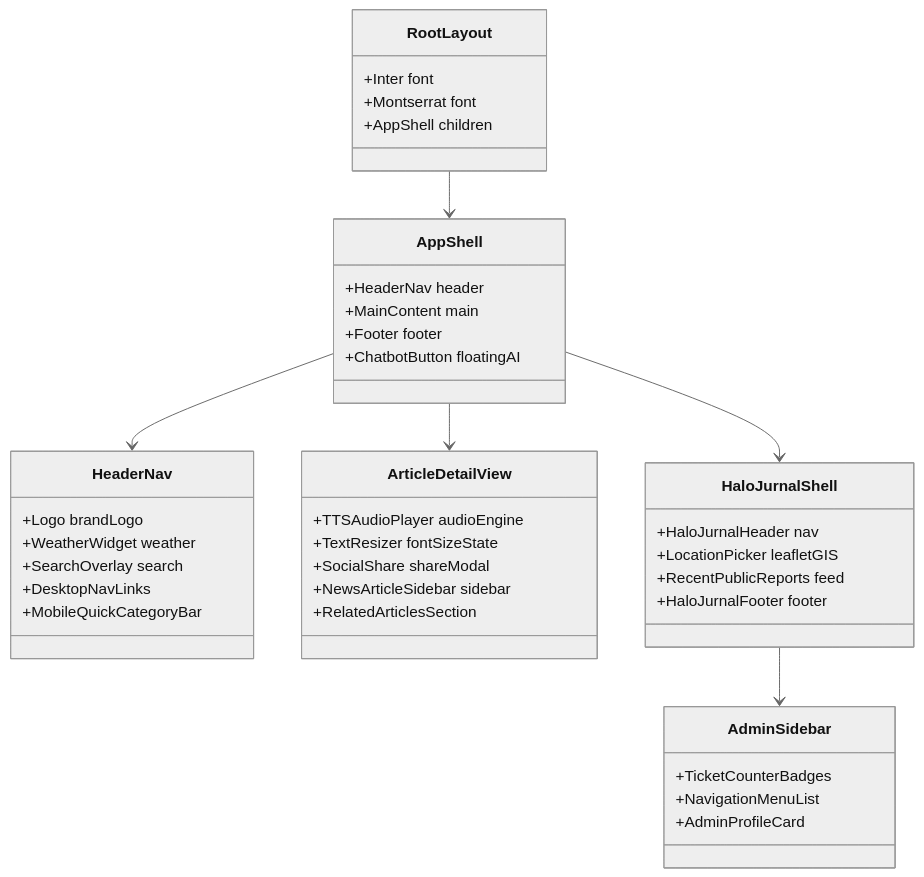
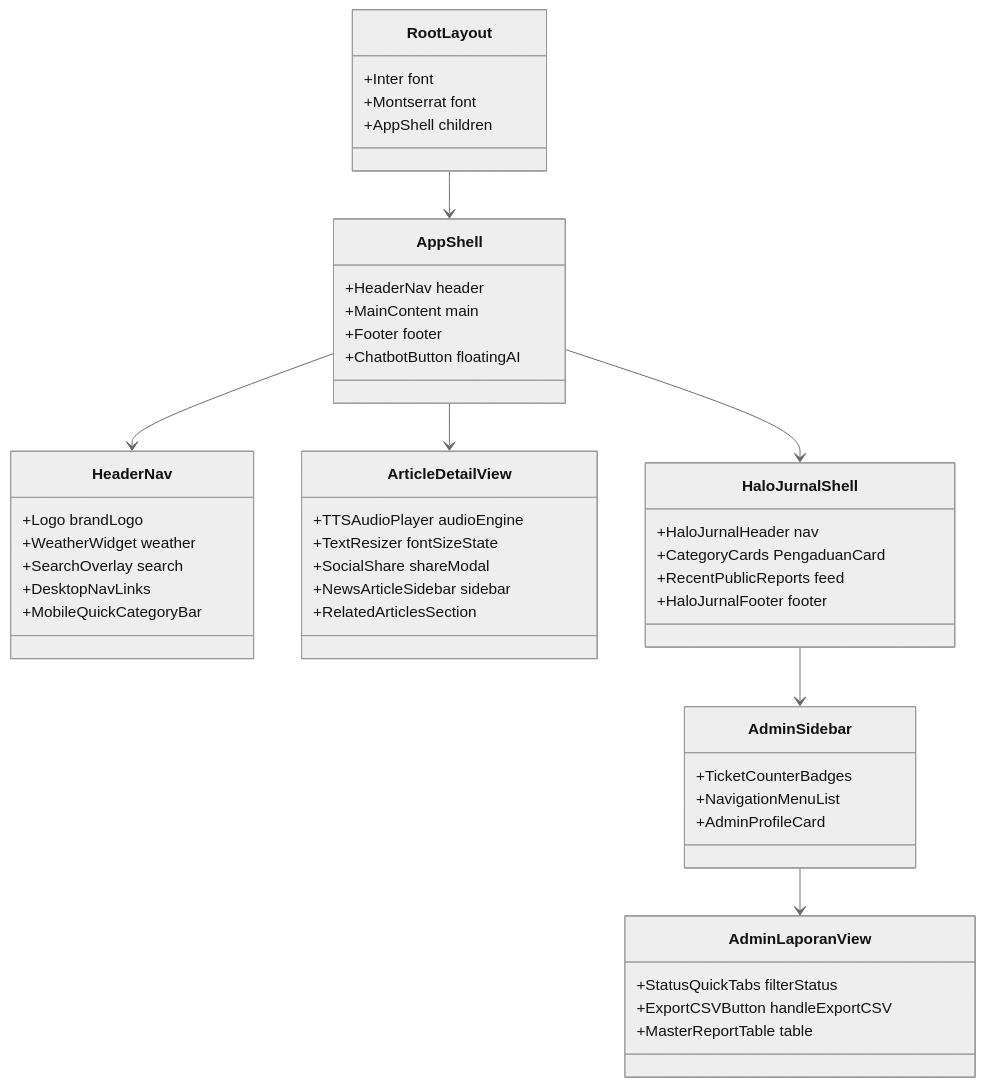
One commit to jurnal-vibes/jurnalvibes-website changed the third of 5 diagrams in docs/dokumentasi-sistem.md. Above: the diagram before and after it, drawn with Mermaid (neutral theme). The commit also changed other lines of this file and 21 other files, not shown here.

````diff
--- a/docs/dokumentasi-sistem.md
+++ b/docs/dokumentasi-sistem.md
@@ -744,50 +749,57 @@
 ```mermaid
 classDiagram
     class RootLayout {
         +Inter font
         +Montserrat font
         +AppShell children
     }
 
     class AppShell {
         +HeaderNav header
         +MainContent main
         +Footer footer
         +ChatbotButton floatingAI
     }
 
     class HeaderNav {
         +Logo brandLogo
         +WeatherWidget weather
         +SearchOverlay search
         +DesktopNavLinks
         +MobileQuickCategoryBar
     }
 
     class ArticleDetailView {
         +TTSAudioPlayer audioEngine
         +TextResizer fontSizeState
         +SocialShare shareModal
         +NewsArticleSidebar sidebar
         +RelatedArticlesSection
     }
 
     class HaloJurnalShell {
         +HaloJurnalHeader nav
-        +LocationPicker leafletGIS
+        +CategoryCards PengaduanCard
         +RecentPublicReports feed
         +HaloJurnalFooter footer
+    }
+
+    class AdminLaporanView {
+        +StatusQuickTabs filterStatus
+        +ExportCSVButton handleExportCSV
+        +MasterReportTable table
     }
 
     class AdminSidebar {
         +TicketCounterBadges
         +NavigationMenuList
         +AdminProfileCard
     }
 
     RootLayout --> AppShell
     AppShell --> HeaderNav
     AppShell --> ArticleDetailView
     AppShell --> HaloJurnalShell
     HaloJurnalShell --> AdminSidebar
+    AdminSidebar --> AdminLaporanView
 ```
````
